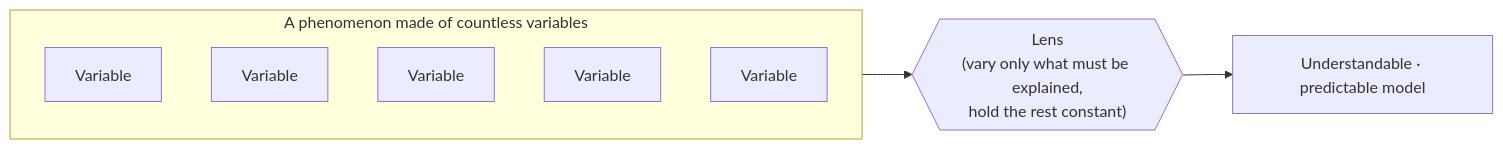
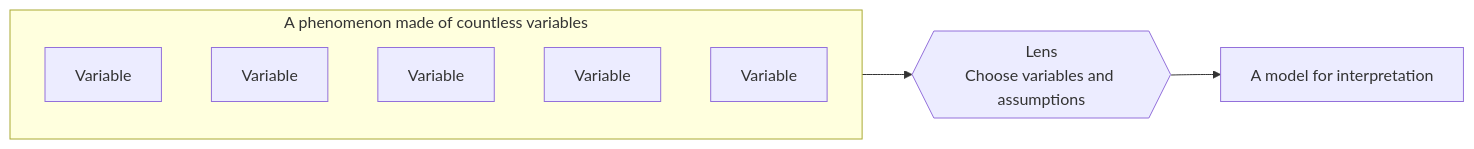
The first of 3 diagrams in _en/2026-06-12-lens-for-agentic-engineering.md (haandol/haandol.github.com), drawn with Mermaid before and after one commit. The commit also changed other lines of this file and 36 other files, not shown here.

````diff
--- a/_en/2026-06-12-lens-for-agentic-engineering.md
+++ b/_en/2026-06-12-lens-for-agentic-engineering.md
@@ -37,12 +37,12 @@
 ```mermaid
 flowchart LR
     subgraph V["A phenomenon made of countless variables"]
         v1["Variable"]
         v2["Variable"]
         v3["Variable"]
         v4["Variable"]
         v5["Variable"]
     end
-    V --> LENS{{"Lens<br/>(vary only what must be explained,<br/>hold the rest constant)"}}
-    LENS --> P["Understandable · predictable model"]
+    V --> LENS{{"Lens<br/>Choose variables and assumptions"}}
+    LENS --> P["A model for interpretation"]
 ```
````
